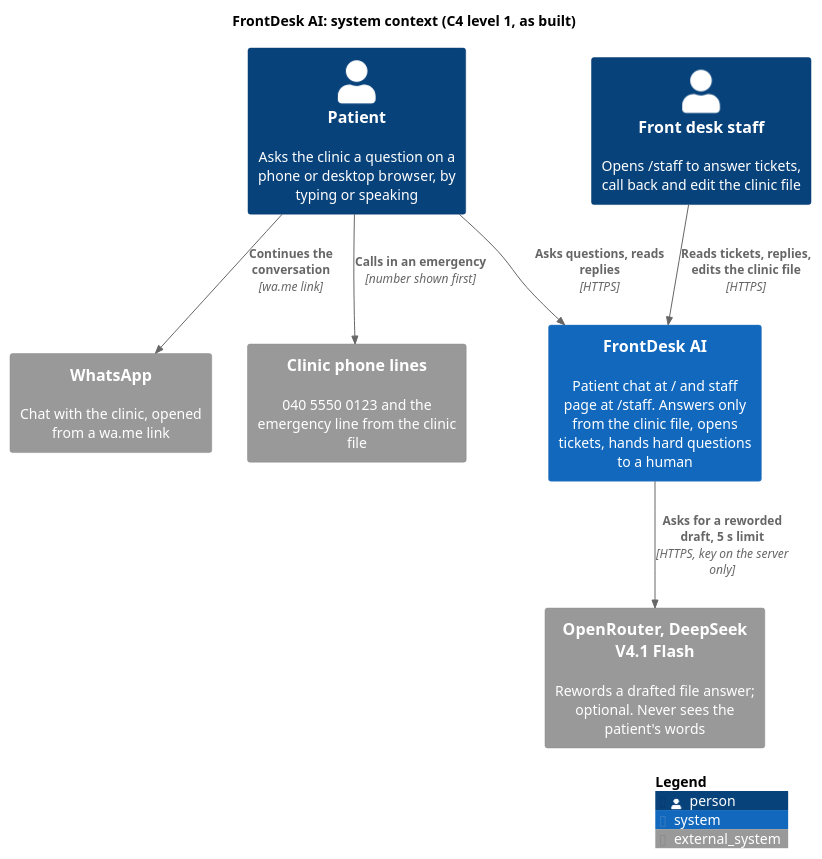
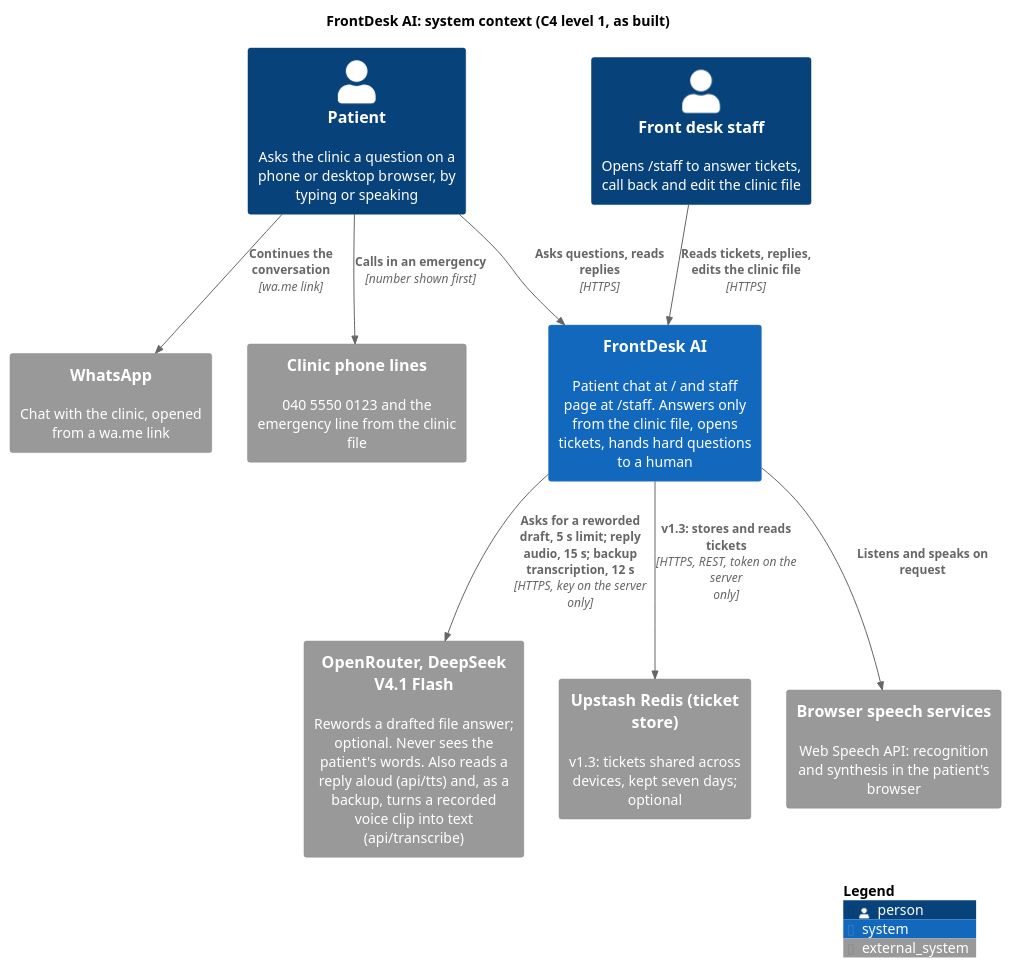
One commit to karwasanjay007/frontdesk-ai-docs changed the diagram in docs/diagrams/c4-context.puml. Above: the diagram before and after it, drawn with PlantUML. The commit also changed 25 other files, not shown here.

First line of the commit message:
Documents checked against the code: four server functions, voice backup in the privacy lines, diagrams, journeys, requirements and epics corrected to version 1.3.0.0

```diff
--- a/docs/diagrams/c4-context.puml
+++ b/docs/diagrams/c4-context.puml
@@ -1,19 +1,23 @@
 @startuml c4-context
 !include <C4/C4_Context>
 title FrontDesk AI: system context (C4 level 1, as built)
 
 Person(patient, "Patient", "Asks the clinic a question on a phone or desktop browser, by typing or speaking")
 Person(staff, "Front desk staff", "Opens /staff to answer tickets, call back and edit the clinic file")
 System(frontdesk, "FrontDesk AI", "Patient chat at / and staff page at /staff. Answers only from the clinic file, opens tickets, hands hard questions to a human")
-System_Ext(model, "OpenRouter, DeepSeek V4.1 Flash", "Rewords a drafted file answer; optional. Never sees the patient's words")
+System_Ext(model, "OpenRouter, DeepSeek V4.1 Flash", "Rewords a drafted file answer; optional. Never sees the patient's words. Also reads a reply aloud (api/tts) and, as a backup, turns a recorded voice clip into text (api/transcribe)")
+System_Ext(upstash, "Upstash Redis (ticket store)", "v1.3: tickets shared across devices, kept seven days; optional")
+System_Ext(speechsvc, "Browser speech services", "Web Speech API: recognition and synthesis in the patient's browser")
 System_Ext(whatsapp, "WhatsApp", "Chat with the clinic, opened from a wa.me link")
 System_Ext(phone, "Clinic phone lines", "040 5550 0123 and the emergency line from the clinic file")
 
 Rel(patient, frontdesk, "Asks questions, reads replies", "HTTPS")
 Rel(staff, frontdesk, "Reads tickets, replies, edits the clinic file", "HTTPS")
-Rel(frontdesk, model, "Asks for a reworded draft, 5 s limit", "HTTPS, key on the server only")
+Rel(frontdesk, model, "Asks for a reworded draft, 5 s limit; reply audio, 15 s; backup transcription, 12 s", "HTTPS, key on the server only")
+Rel(frontdesk, upstash, "v1.3: stores and reads tickets", "HTTPS, REST, token on the server only")
+Rel(frontdesk, speechsvc, "Listens and speaks on request")
 Rel(patient, whatsapp, "Continues the conversation", "wa.me link")
 Rel(patient, phone, "Calls in an emergency", "number shown first")
 
 SHOW_LEGEND()
 @enduml
```
